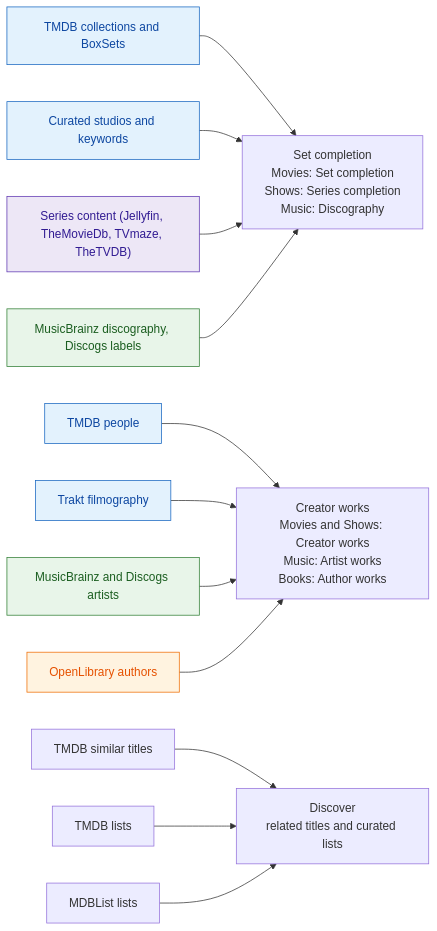
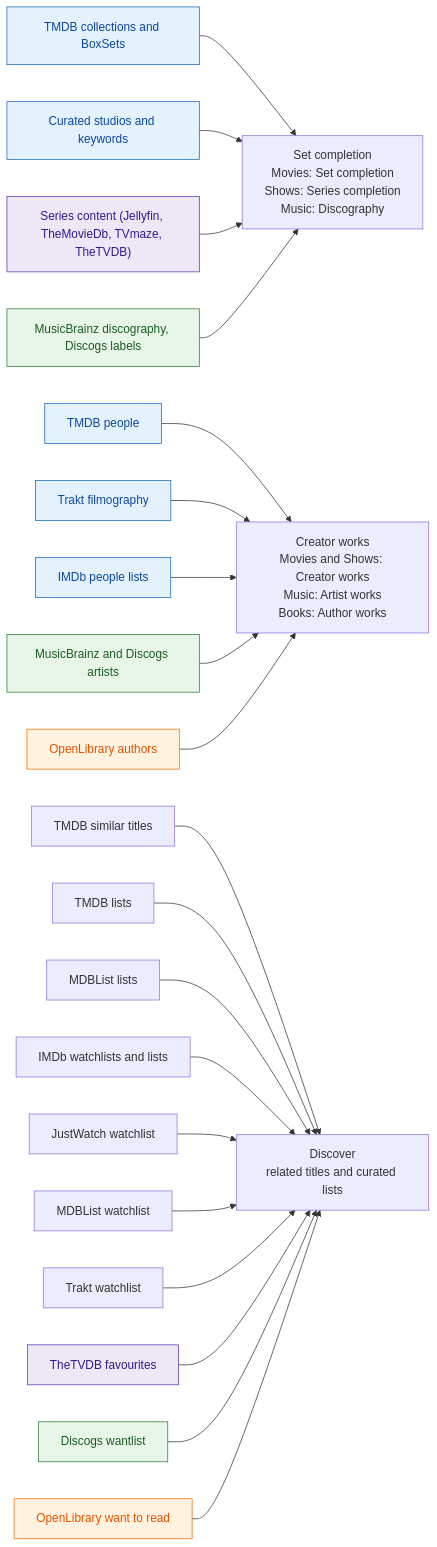
One commit to IDisposable/jellyfin-plugin-mindthegaps changed the first of 2 diagrams in README.md. Above: the diagram before and after it, drawn with Mermaid. The commit also changed other lines of this file and 109 other files, not shown here.

````diff
--- a/README.md
+++ b/README.md
@@ -47,25 +48,33 @@
 ```mermaid
 flowchart LR
     classDef movies fill:#e3f2fd,stroke:#1565c0,color:#0d47a1;
     classDef shows fill:#ede7f6,stroke:#5e35b1,color:#311b92;
     classDef music fill:#e8f5e9,stroke:#2e7d32,color:#1b5e20;
     classDef books fill:#fff3e0,stroke:#ef6c00,color:#e65100;
 
     col["TMDB collections and BoxSets"]:::movies --> SET
     cur["Curated studios and keywords"]:::movies --> SET
     ser["Series content (Jellyfin, TheMovieDb, TVmaze, TheTVDB)"]:::shows --> SET
     mbd["MusicBrainz discography, Discogs labels"]:::music --> SET
 
     ppl["TMDB people"]:::movies --> CRE
     trk["Trakt filmography"]:::movies --> CRE
+    ipl["IMDb people lists"]:::movies --> CRE
     art["MusicBrainz and Discogs artists"]:::music --> CRE
     aut["OpenLibrary authors"]:::books --> CRE
 
     sim["TMDB similar titles"] --> DIS
     tli["TMDB lists"] --> DIS
     mli["MDBList lists"] --> DIS
+    ili["IMDb watchlists and lists"] --> DIS
+    jwl["JustWatch watchlist"] --> DIS
+    mwl["MDBList watchlist"] --> DIS
+    twl["Trakt watchlist"] --> DIS
+    tvf["TheTVDB favourites"]:::shows --> DIS
+    dwl["Discogs wantlist"]:::music --> DIS
+    owl["OpenLibrary want to read"]:::books --> DIS
 
     SET["Set completion<br/>Movies: Set completion<br/>Shows: Series completion<br/>Music: Discography"]
     CRE["Creator works<br/>Movies and Shows: Creator works<br/>Music: Artist works<br/>Books: Author works"]
     DIS["Discover<br/>related titles and curated lists"]
 ```
````
